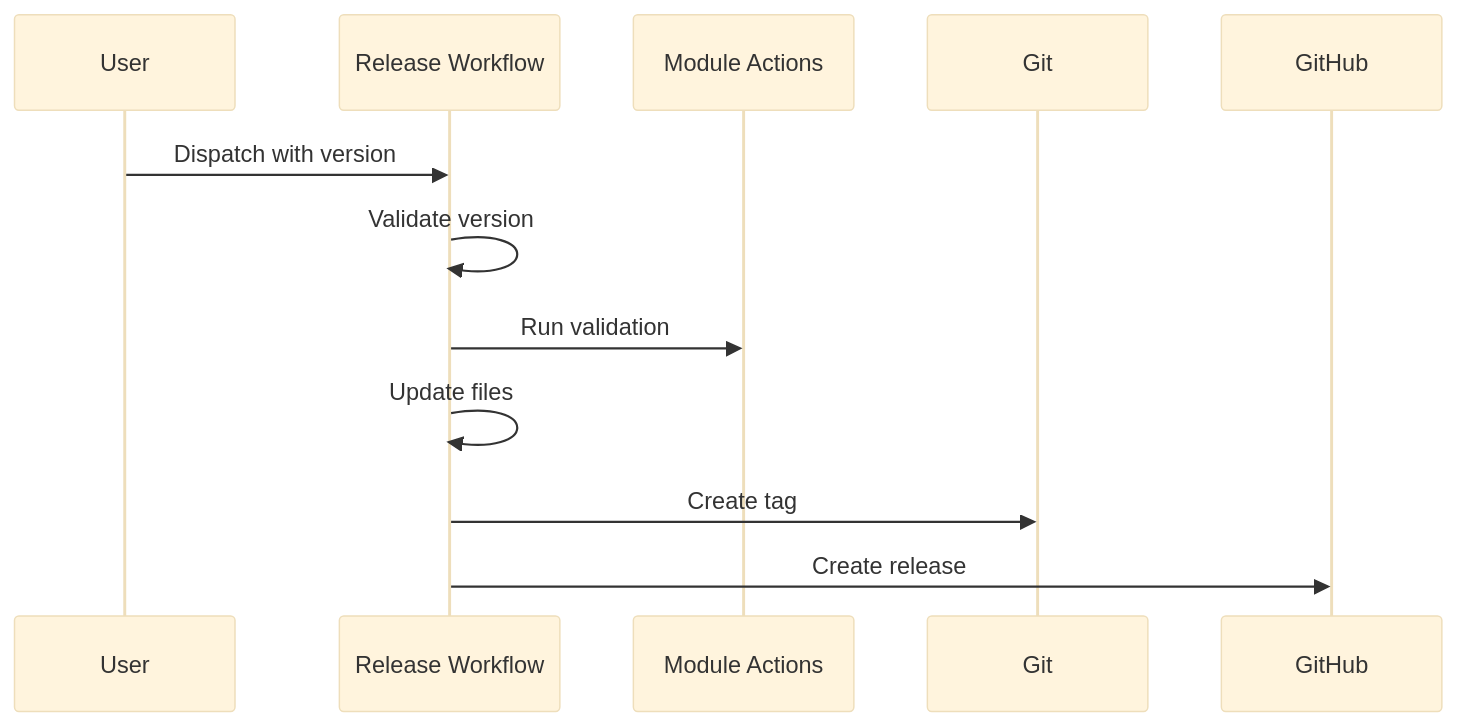
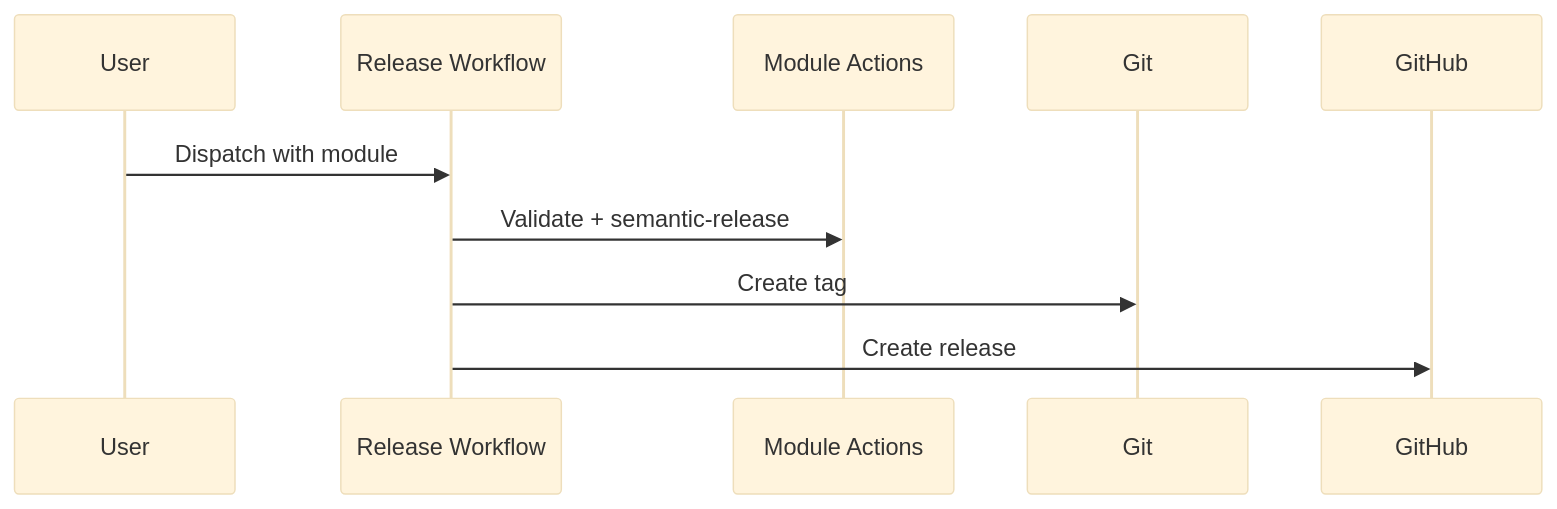
The third of 3 diagrams in docs/WORKFLOWS.md (PatrykIti/azurerm-terraform-modules), drawn with Mermaid (base theme) before and after one commit. The commit also changed other lines of this file and 32 other files, not shown here.

````diff
--- a/docs/WORKFLOWS.md
+++ b/docs/WORKFLOWS.md
@@ -414,15 +249,13 @@
 ```mermaid
 sequenceDiagram
     participant User
     participant Release as Release Workflow
     participant Module as Module Actions
     participant Git
     participant GitHub
     
-    User->>Release: Dispatch with version
-    Release->>Release: Validate version
-    Release->>Module: Run validation
-    Release->>Release: Update files
+    User->>Release: Dispatch with module
+    Release->>Module: Validate + semantic-release
     Release->>Git: Create tag
     Release->>GitHub: Create release
 ```
````
